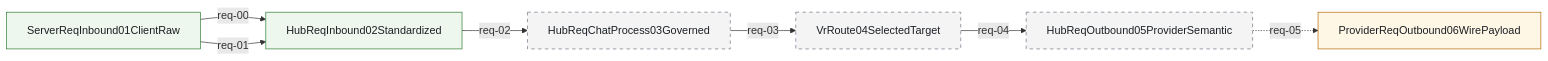
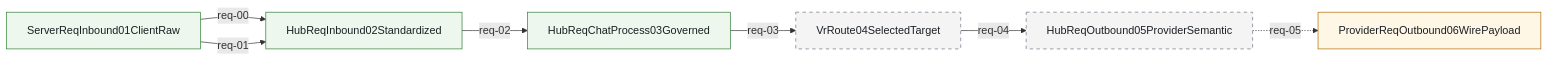
Before and after one commit to Jasonzhangf/routecodex: the diagram in docs/architecture/wiki/request-mainline-call-graph.md, drawn with Mermaid. The commit also changed other lines of this file and 35 other files, not shown here.

First line of the commit message:
feat(hub): anchor req-03 route bridge

````diff
--- a/docs/architecture/wiki/request-mainline-call-graph.md
+++ b/docs/architecture/wiki/request-mainline-call-graph.md
@@ -20,24 +20,24 @@
 ```mermaid
 flowchart LR
   ProviderReqOutbound06WirePayload["ProviderReqOutbound06WirePayload"]
   HubReqOutbound05ProviderSemantic["HubReqOutbound05ProviderSemantic"]
   VrRoute04SelectedTarget["VrRoute04SelectedTarget"]
   HubReqChatProcess03Governed["HubReqChatProcess03Governed"]
   HubReqInbound02Standardized["HubReqInbound02Standardized"]
   ServerReqInbound01ClientRaw["ServerReqInbound01ClientRaw"]
   ServerReqInbound01ClientRaw -->|req-00| HubReqInbound02Standardized
   ServerReqInbound01ClientRaw -->|req-01| HubReqInbound02Standardized
   HubReqInbound02Standardized -->|req-02| HubReqChatProcess03Governed
   HubReqChatProcess03Governed -->|req-03| VrRoute04SelectedTarget
   VrRoute04SelectedTarget -->|req-04| HubReqOutbound05ProviderSemantic
   HubReqOutbound05ProviderSemantic -.->|req-05| ProviderReqOutbound06WirePayload
   classDef anchored fill:#edf7ed,stroke:#2e7d32,stroke-width:1px,color:#1b1f23;
   classDef partial fill:#fff7e6,stroke:#b26a00,stroke-width:1px,color:#1b1f23;
   classDef pending fill:#f4f4f5,stroke:#6b7280,stroke-width:1px,stroke-dasharray: 5 5,color:#1b1f23;
   class ServerReqInbound01ClientRaw anchored;
   class HubReqInbound02Standardized anchored;
-  class HubReqChatProcess03Governed pending;
+  class HubReqChatProcess03Governed anchored;
   class VrRoute04SelectedTarget pending;
   class HubReqOutbound05ProviderSemantic pending;
   class ProviderReqOutbound06WirePayload partial;
 ```
````
